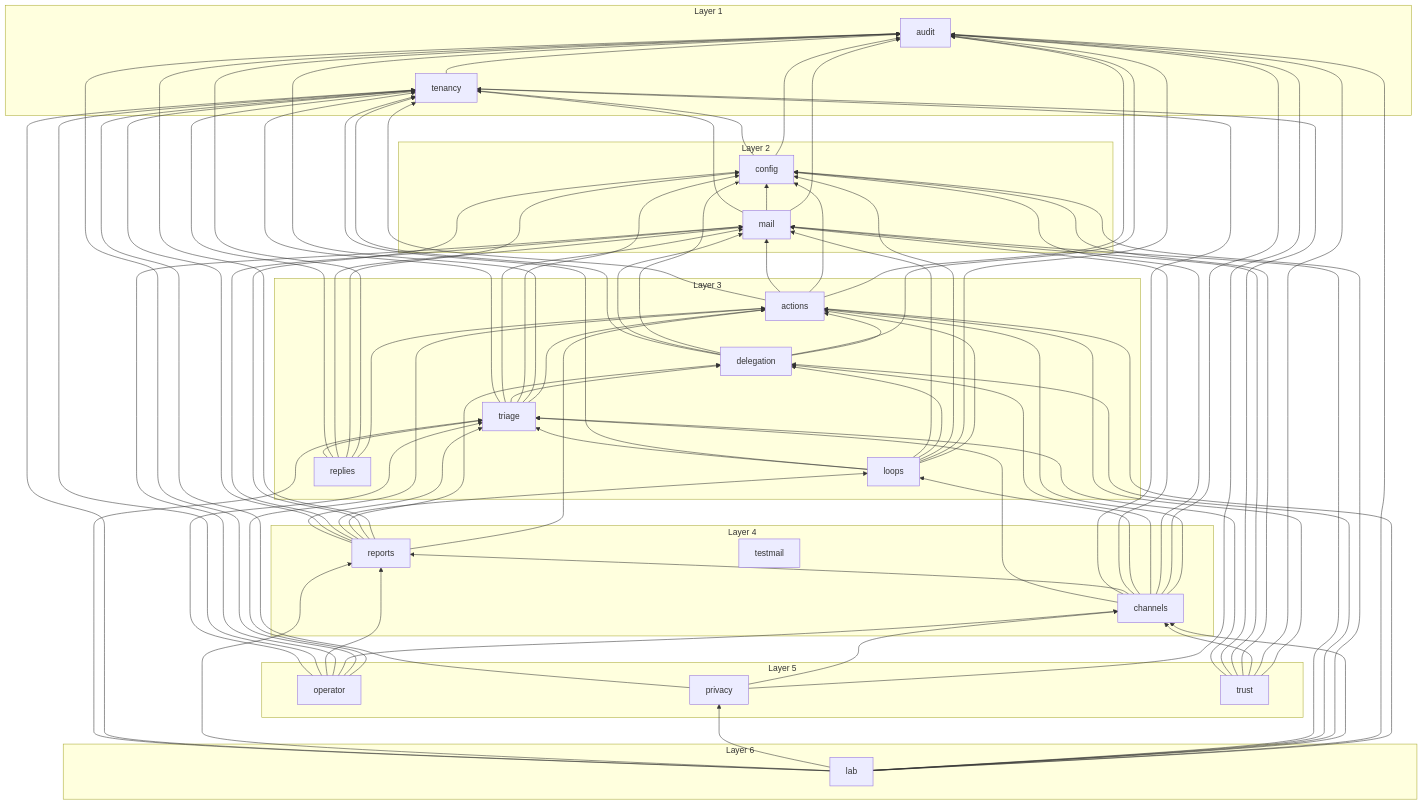
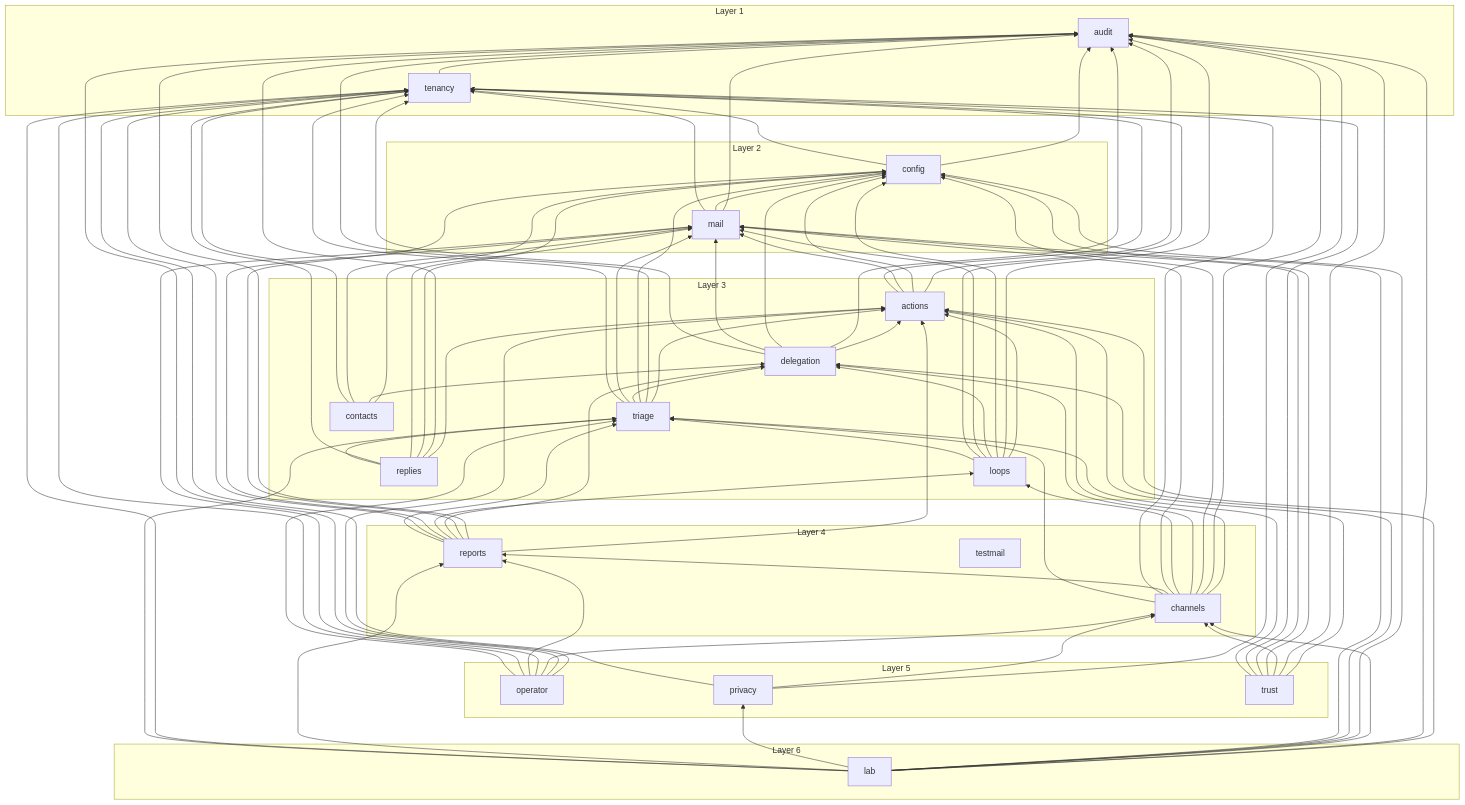
Before and after one commit to Artexs/email_assistant: the diagram in docs/diagrams/module-graph.md, drawn with Mermaid. The commit also changed 10 other files, not shown here.

```diff
--- a/docs/diagrams/module-graph.md
+++ b/docs/diagrams/module-graph.md
@@ -20,6 +20,7 @@
     delegation
     loops
     replies
+    contacts
   end
   subgraph group4["Layer 4"]
     reports
@@ -49,6 +50,10 @@
   channels --> triage
   config --> audit
   config --> tenancy
+  contacts --> config
+  contacts --> delegation
+  contacts --> mail
+  contacts --> tenancy
   delegation --> actions
   delegation --> audit
   delegation --> config
```
